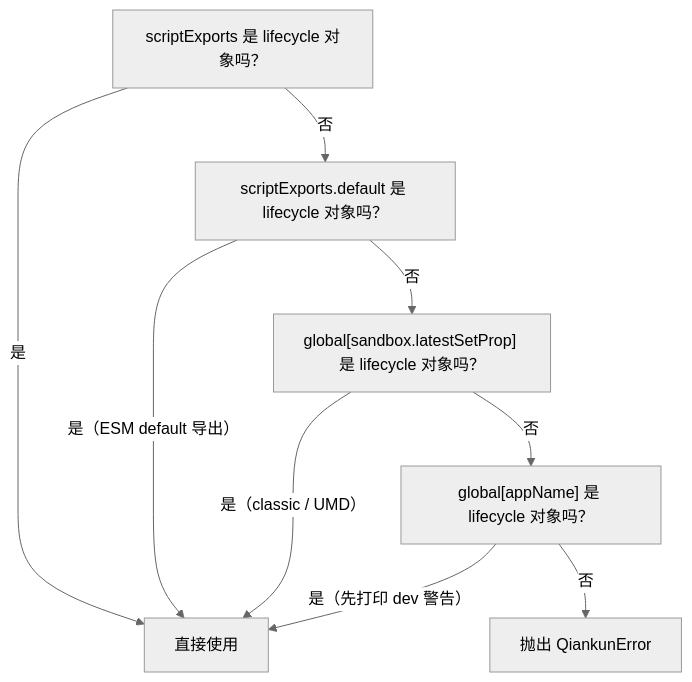
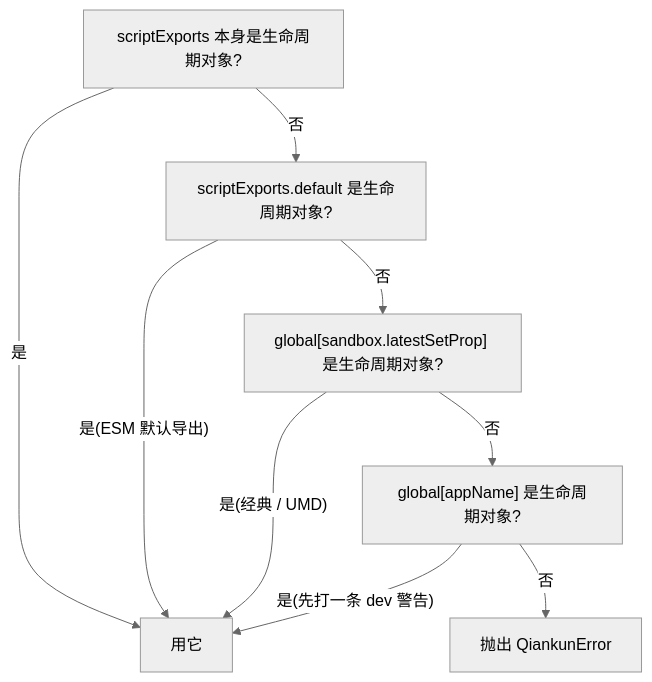
One commit to umijs/qiankun changed the first of 2 diagrams in docs/zh-CN/concepts/lifecycle-and-props.md. Above: the diagram before and after it, drawn with Mermaid (neutral theme). The commit also changed other lines of this file and 63 other files, not shown here.

````diff
--- a/docs/zh-CN/concepts/lifecycle-and-props.md
+++ b/docs/zh-CN/concepts/lifecycle-and-props.md
@@ -50,11 +50,11 @@
 ```mermaid
 flowchart TD
-  A["scriptExports 是 lifecycle 对象吗？"] -->|是| OK["直接使用"]
-  A -->|否| B["scriptExports.default 是 lifecycle 对象吗？"]
-  B -->|"是（ESM default 导出）"| OK
-  B -->|否| C["global[sandbox.latestSetProp] 是 lifecycle 对象吗？"]
-  C -->|"是（classic / UMD）"| OK
-  C -->|否| D["global[appName] 是 lifecycle 对象吗？"]
-  D -->|"是（先打印 dev 警告）"| OK
+  A["scriptExports 本身是生命周期对象?"] -->|是| OK["用它"]
+  A -->|否| B["scriptExports.default 是生命周期对象?"]
+  B -->|"是(ESM 默认导出)"| OK
+  B -->|否| C["global[sandbox.latestSetProp] 是生命周期对象?"]
+  C -->|"是(经典 / UMD)"| OK
+  C -->|否| D["global[appName] 是生命周期对象?"]
+  D -->|"是(先打一条 dev 警告)"| OK
   D -->|否| E["抛出 QiankunError"]
 ```
````
